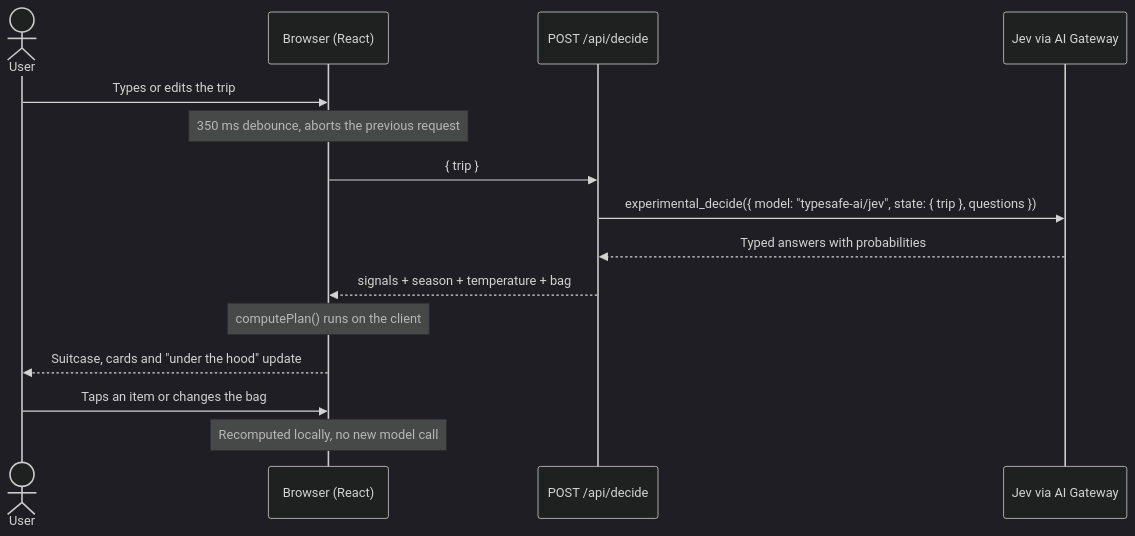
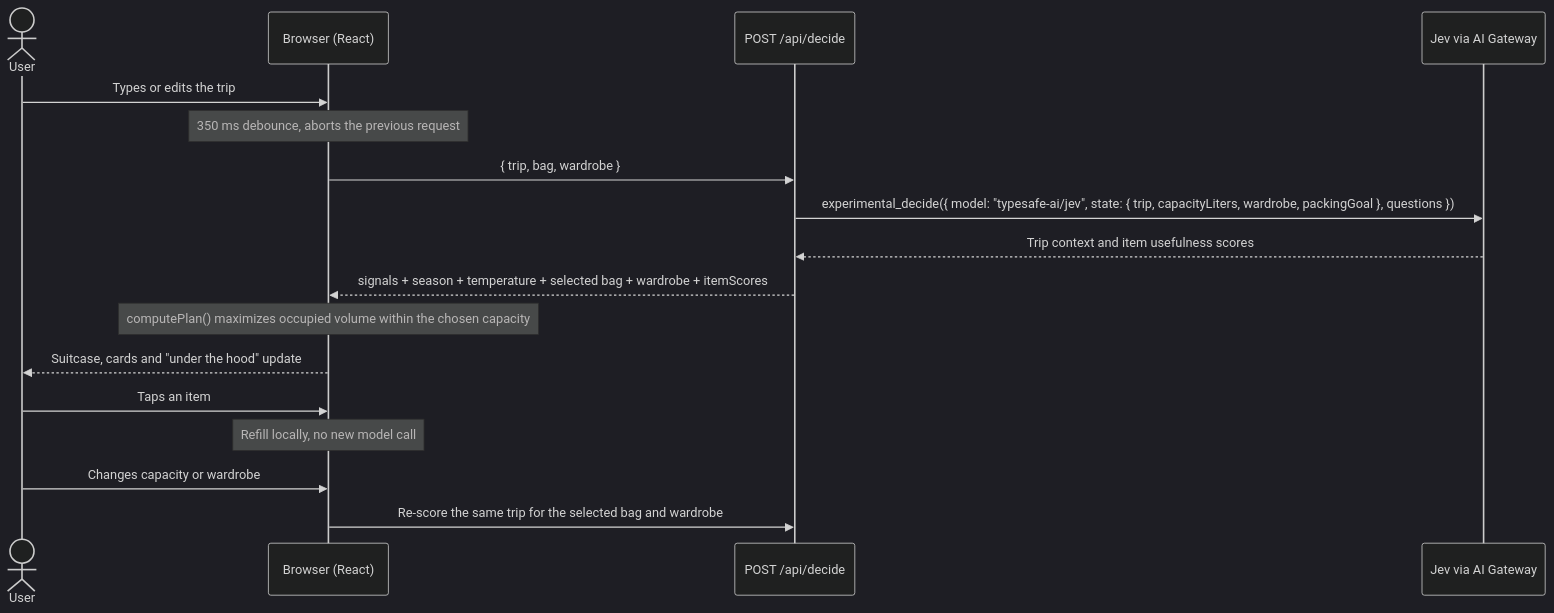
Before and after one commit to poacosta/smart-packing-demo-with-jev: the second of 3 diagrams in README.md, drawn with Mermaid (dark theme). The commit also changed other lines of this file and 15 other files, not shown here.

Commit message:
Fill selected bags with wardrobe-aware packing plans

````diff
--- a/README.md
+++ b/README.md
@@ -63,18 +66,20 @@
 ```mermaid
 sequenceDiagram
     actor User
     participant UI as Browser (React)
     participant API as POST /api/decide
     participant Jev as Jev via AI Gateway
 
     User->>UI: Types or edits the trip
     Note over UI: 350 ms debounce, aborts the previous request
-    UI->>API: { trip }
-    API->>Jev: experimental_decide({ model: "typesafe-ai/jev", state: { trip }, questions })
-    Jev-->>API: Typed answers with probabilities
-    API-->>UI: signals + season + temperature + bag
-    Note over UI: computePlan() runs on the client
+    UI->>API: { trip, bag, wardrobe }
+    API->>Jev: experimental_decide({ model: "typesafe-ai/jev", state: { trip, capacityLiters, wardrobe, packingGoal }, questions })
+    Jev-->>API: Trip context and item usefulness scores
+    API-->>UI: signals + season + temperature + selected bag + wardrobe + itemScores
+    Note over UI: computePlan() maximizes occupied volume within the chosen capacity
     UI-->>User: Suitcase, cards and "under the hood" update
-    User->>UI: Taps an item or changes the bag
-    Note over UI: Recomputed locally, no new model call
+    User->>UI: Taps an item
+    Note over UI: Refill locally, no new model call
+    User->>UI: Changes capacity or wardrobe
+    UI->>API: Re-score the same trip for the selected bag and wardrobe
 ```
````
